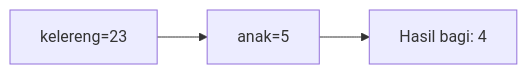
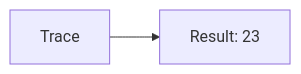
One commit to amnahwaida/OSNK_INF_PREP changed diagram 15 of 25 in part-c-pemahaman-cpp/01-tipe-data/latihan/set-09.md. Above: the diagram before and after it, drawn with Mermaid. The commit also changed other lines of this file and 71 other files, not shown here.

````diff
--- a/part-c-pemahaman-cpp/01-tipe-data/latihan/set-09.md
+++ b/part-c-pemahaman-cpp/01-tipe-data/latihan/set-09.md
@@ -424,5 +316,4 @@
 ```mermaid
 graph LR
-A["kelereng=23"] --> B["anak=5"]
-B --> C["Hasil bagi: 4"]
+A[Trace] --> B[Result: 23]
 ```
````
